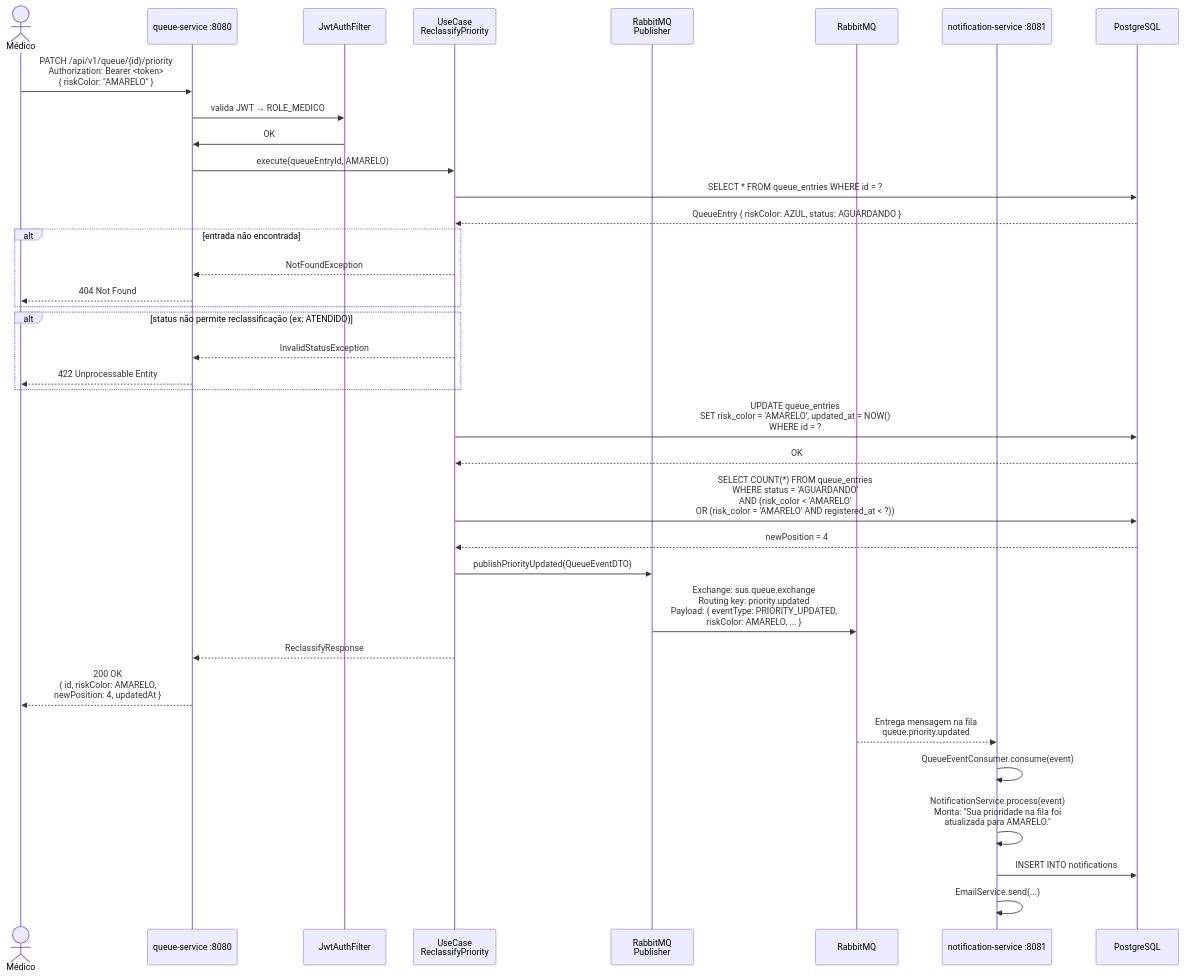
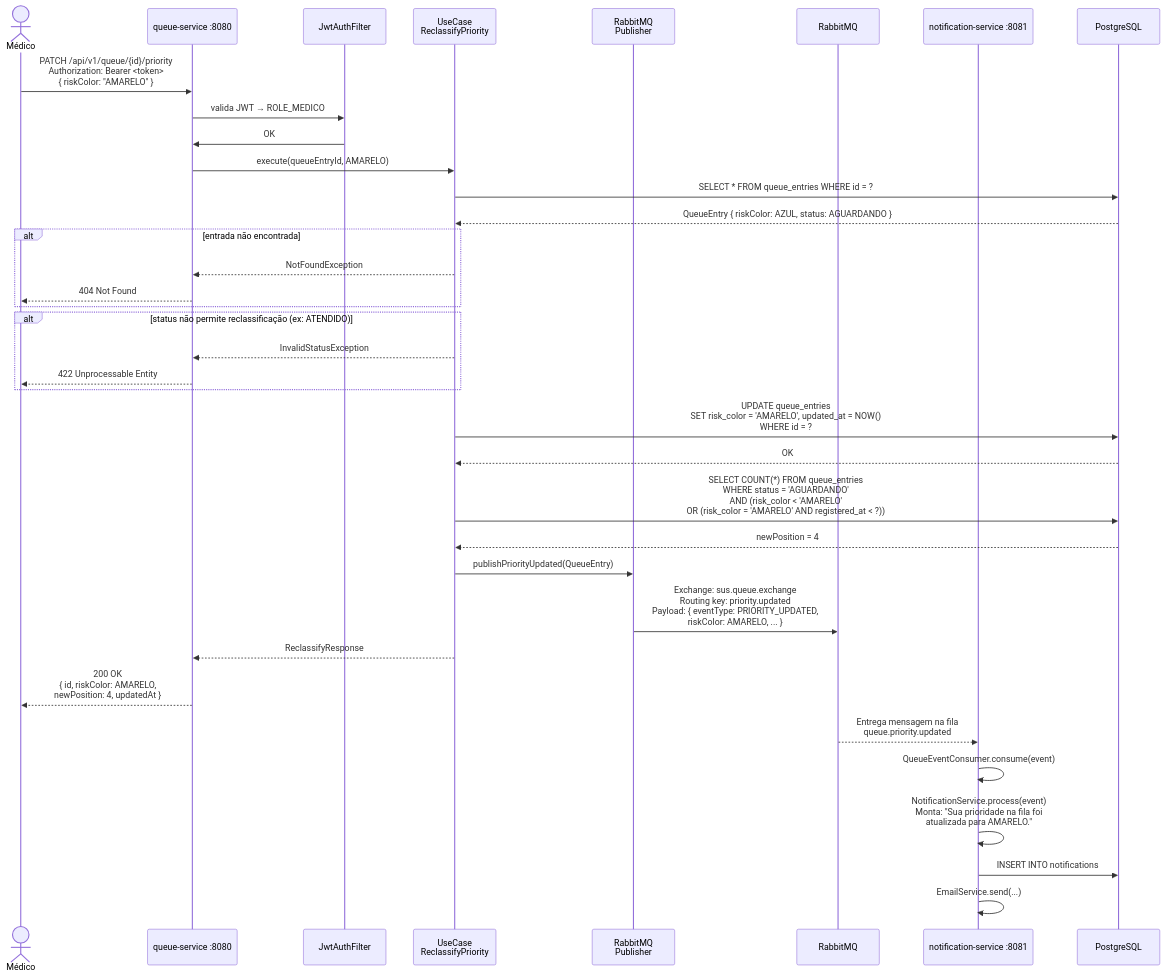
The sixth of 13 diagrams in docs/sequencias-diagrama.md (LucasBruner/Morbus), drawn with Mermaid before and after one commit. The commit also changed other lines of this file and 15 other files, not shown here.

````diff
--- a/docs/sequencias-diagrama.md
+++ b/docs/sequencias-diagrama.md
@@ -248,50 +248,50 @@
 ```mermaid
 sequenceDiagram
     actor Medico as Médico
     participant QS as queue-service :8080
     participant Filter as JwtAuthFilter
     participant UC as UseCase<br/>ReclassifyPriority
     participant Publisher as RabbitMQ<br/>Publisher
     participant MQ as RabbitMQ
     participant NS as notification-service :8081
     participant DB as PostgreSQL
 
     Medico->>QS: PATCH /api/v1/queue/{id}/priority<br/>Authorization: Bearer <token><br/>{ riskColor: "AMARELO" }
 
     QS->>Filter: valida JWT → ROLE_MEDICO
     Filter->>QS: OK
 
     QS->>UC: execute(queueEntryId, AMARELO)
 
     UC->>DB: SELECT * FROM queue_entries WHERE id = ?
     DB-->>UC: QueueEntry { riskColor: AZUL, status: AGUARDANDO }
 
     alt entrada não encontrada
         UC-->>QS: NotFoundException
         QS-->>Medico: 404 Not Found
     end
 
     alt status não permite reclassificação (ex: ATENDIDO)
         UC-->>QS: InvalidStatusException
         QS-->>Medico: 422 Unprocessable Entity
     end
 
     UC->>DB: UPDATE queue_entries<br/>SET risk_color = 'AMARELO', updated_at = NOW()<br/>WHERE id = ?
     DB-->>UC: OK
 
     UC->>DB: SELECT COUNT(*) FROM queue_entries<br/>WHERE status = 'AGUARDANDO'<br/>AND (risk_color < 'AMARELO'<br/>OR (risk_color = 'AMARELO' AND registered_at < ?))
     DB-->>UC: newPosition = 4
 
-    UC->>Publisher: publishPriorityUpdated(QueueEventDTO)
+    UC->>Publisher: publishPriorityUpdated(QueueEntry)
     Publisher->>MQ: Exchange: sus.queue.exchange<br/>Routing key: priority.updated<br/>Payload: { eventType: PRIORITY_UPDATED,<br/>riskColor: AMARELO, ... }
 
     UC-->>QS: ReclassifyResponse
     QS-->>Medico: 200 OK<br/>{ id, riskColor: AMARELO,<br/>newPosition: 4, updatedAt }
 
     MQ-->>NS: Entrega mensagem na fila<br/>queue.priority.updated
 
     NS->>NS: QueueEventConsumer.consume(event)
     NS->>NS: NotificationService.process(event)<br/>Monta: "Sua prioridade na fila foi<br/>atualizada para AMARELO."
     NS->>DB: INSERT INTO notifications
     NS->>NS: EmailService.send(...)
 ```
````
